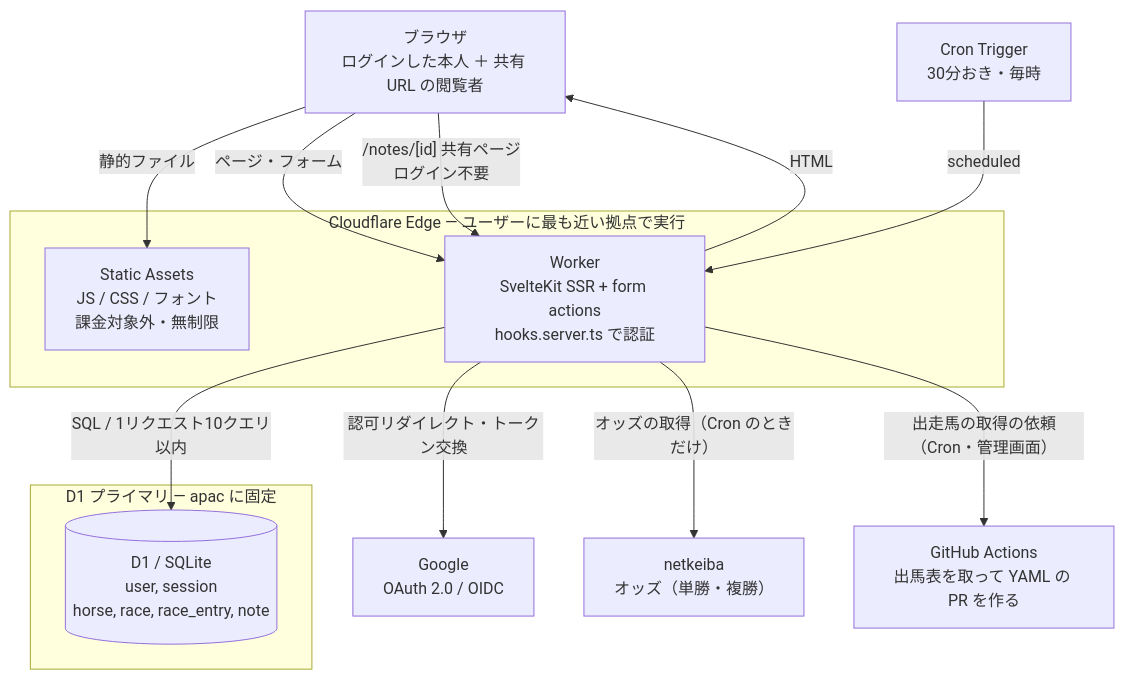
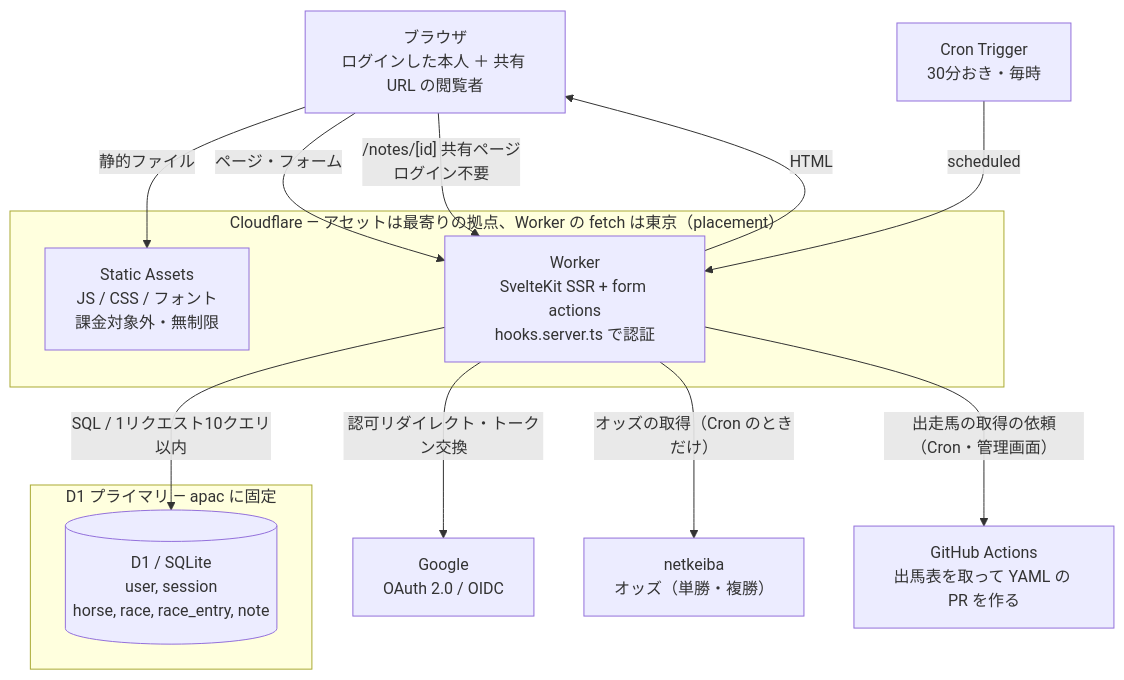
The first of 11 diagrams in docs/architecture.md (Atoyr/keiba-note), drawn with Mermaid before and after one commit. The commit also changed other lines of this file and 5 other files, not shown here.

````diff
--- a/docs/architecture.md
+++ b/docs/architecture.md
@@ -71,28 +73,28 @@
 ```mermaid
 flowchart TB
     U["ブラウザ<br/>ログインした本人 ＋ 共有 URL の閲覧者"]
 
-    subgraph CF["Cloudflare Edge — ユーザーに最も近い拠点で実行"]
+    subgraph CF["Cloudflare — アセットは最寄りの拠点、Worker の fetch は東京（placement）"]
         A["Static Assets<br/>JS / CSS / フォント<br/>課金対象外・無制限"]
         W["Worker<br/>SvelteKit SSR + form actions<br/>hooks.server.ts で認証"]
     end
 
     subgraph APAC["D1 プライマリ — apac に固定"]
         D[("D1 / SQLite<br/>user, session<br/>horse, race, race_entry, note")]
     end
 
     G["Google<br/>OAuth 2.0 / OIDC"]
     N["netkeiba<br/>オッズ（単勝・複勝）"]
     GH["GitHub Actions<br/>出馬表を取って YAML の PR を作る"]
     CR["Cron Trigger<br/>30分おき・毎時"]
 
     U -->|"静的ファイル"| A
     U -->|"ページ・フォーム"| W
     U -->|"/notes/[id] 共有ページ<br/>ログイン不要"| W
     W -->|"SQL / 1リクエスト10クエリ以内"| D
     W -->|"認可リダイレクト・トークン交換"| G
     W -->|"HTML"| U
     CR -->|"scheduled"| W
     W -->|"オッズの取得（Cron のときだけ）"| N
     W -->|"出走馬の取得の依頼（Cron・管理画面）"| GH
 ```
````
